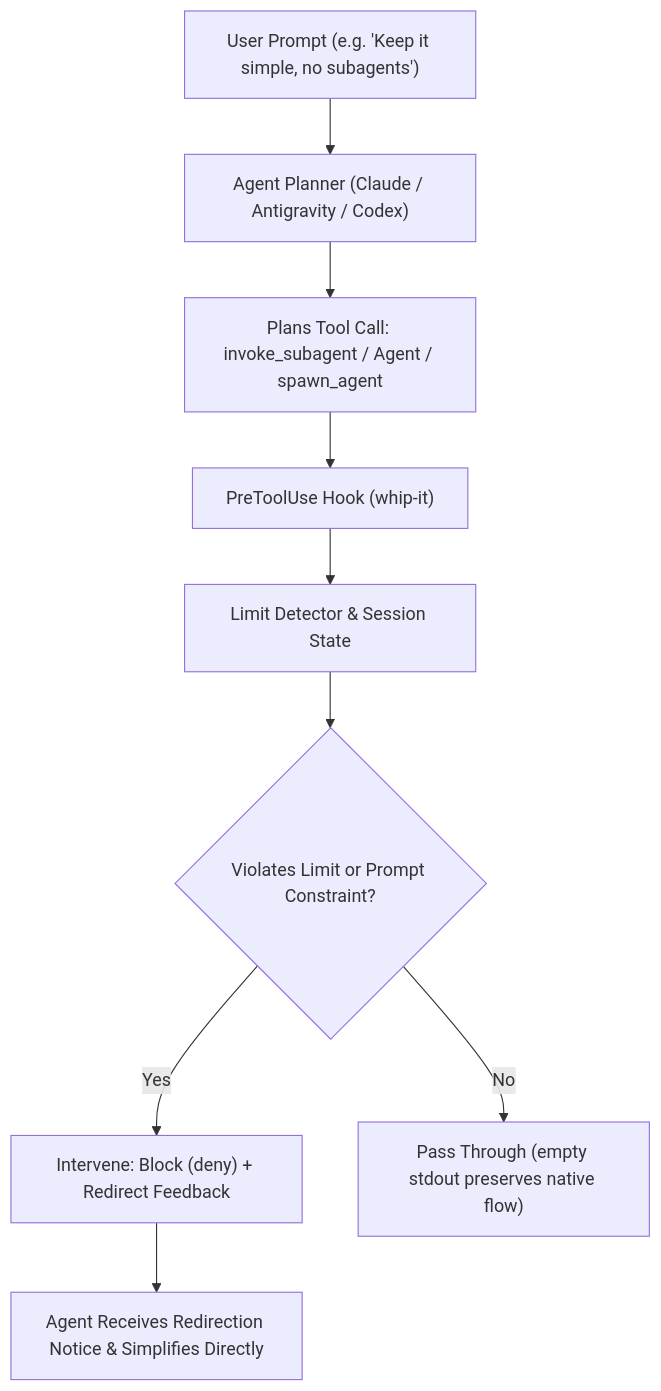
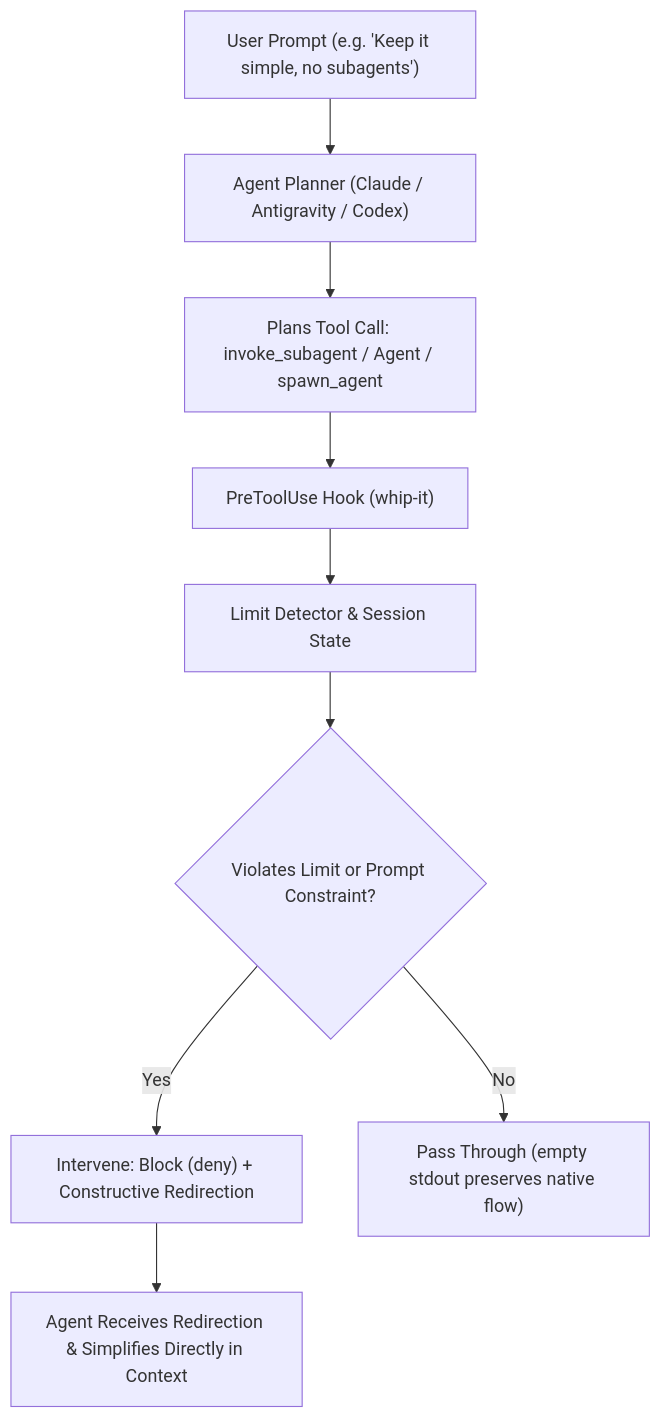
The diagram in README.md (awill1988/whip-it), drawn with Mermaid before and after one commit. The commit also changed other lines of this file and 53 other files, not shown here.

````diff
--- a/README.md
+++ b/README.md
@@ -26,11 +37,11 @@
 ```mermaid
 flowchart TD
     User["User Prompt (e.g. 'Keep it simple, no subagents')"] --> Agent["Agent Planner (Claude / Antigravity / Codex)"]
     Agent --> ToolCall["Plans Tool Call: invoke_subagent / Agent / spawn_agent"]
     ToolCall --> Hook["PreToolUse Hook (whip-it)"]
     Hook --> Detector["Limit Detector & Session State"]
     Detector --> Decision{"Violates Limit or Prompt Constraint?"}
-    Decision -- Yes --> Intervene["Intervene: Block (deny) + Redirect Feedback"]
+    Decision -- Yes --> Intervene["Intervene: Block (deny) + Constructive Redirection"]
     Decision -- No --> Allow["Pass Through (empty stdout preserves native flow)"]
-    Intervene --> AgentLoop["Agent Receives Redirection Notice & Simplifies Directly"]
+    Intervene --> AgentLoop["Agent Receives Redirection & Simplifies Directly in Context"]
 ```
````
